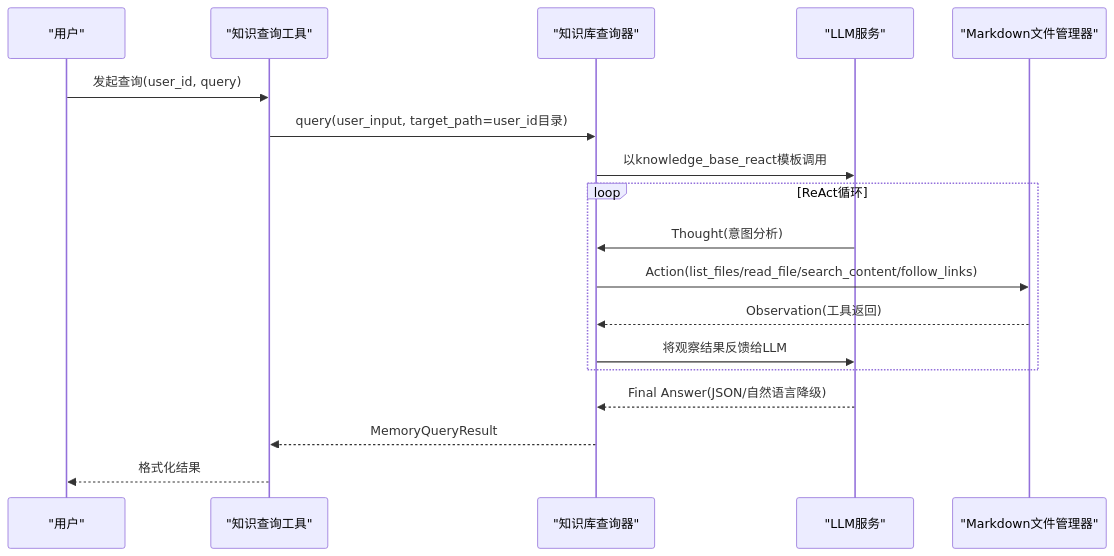
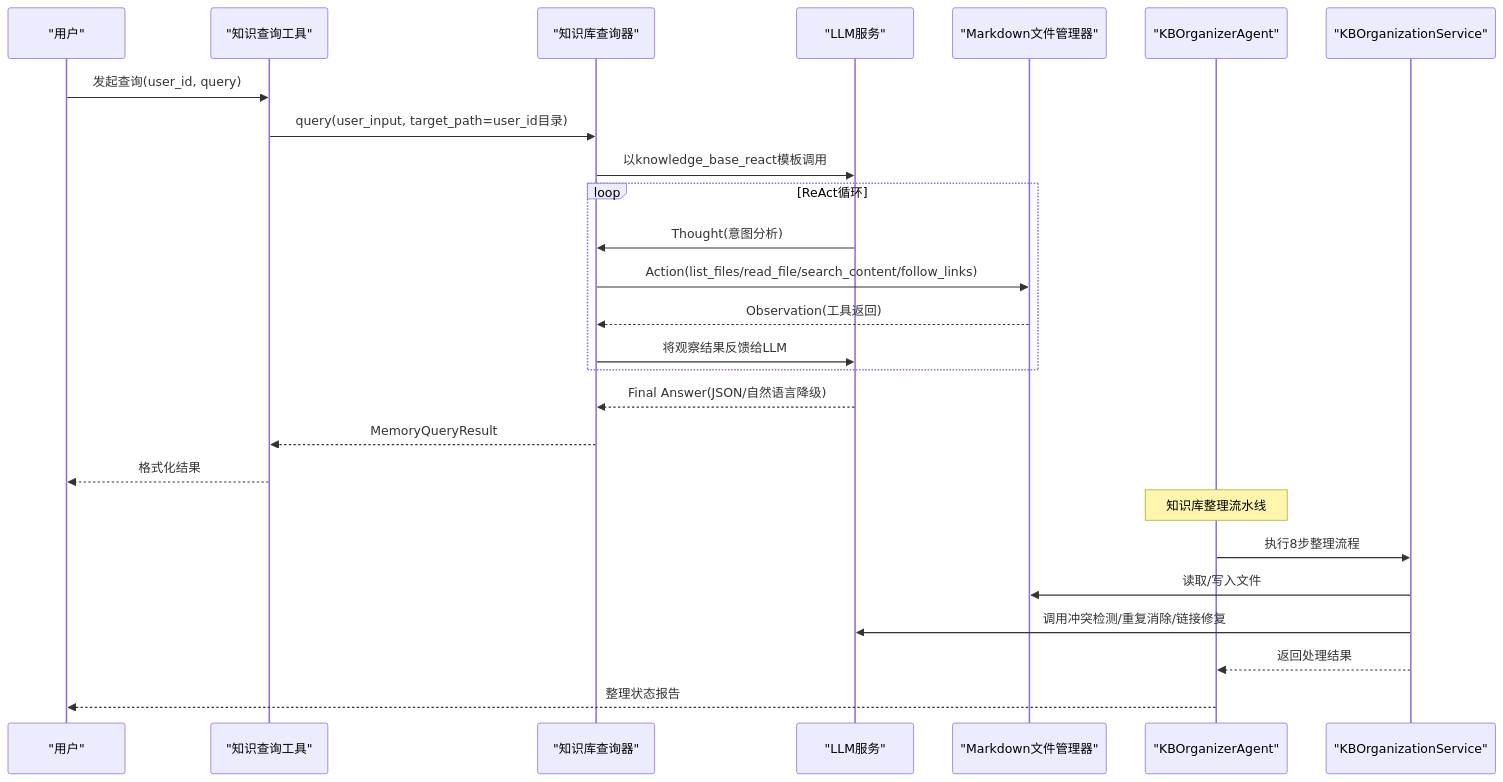
Before and after one commit to WangYiKai1017/zizuan: the second of 6 diagrams in .qoder/repowiki/zh/content/知识库系统/知识库系统.md, drawn with Mermaid. The commit also changed other lines of this file and 99 other files, not shown here.

````diff
--- a/.qoder/repowiki/zh/content/知识库系统/知识库系统.md
+++ b/.qoder/repowiki/zh/content/知识库系统/知识库系统.md
@@ -111,20 +142,28 @@
 ```mermaid
 sequenceDiagram
 participant U as "用户"
 participant KQT as "知识查询工具"
 participant KBQ as "知识库查询器"
 participant LLM as "LLM服务"
 participant MFM as "Markdown文件管理器"
 U->>KQT : 发起查询(user_id, query)
 KQT->>KBQ : query(user_input, target_path=user_id目录)
 KBQ->>LLM : 以knowledge_base_react模板调用
 loop ReAct循环
 LLM->>KBQ : Thought(意图分析)
 KBQ->>MFM : Action(list_files/read_file/search_content/follow_links)
 MFM-->>KBQ : Observation(工具返回)
 KBQ->>LLM : 将观察结果反馈给LLM
 end
 LLM-->>KBQ : Final Answer(JSON/自然语言降级)
 KBQ-->>KQT : MemoryQueryResult
 KQT-->>U : 格式化结果
+Note over KO : 知识库整理流水线
+participant KO as "KBOrganizerAgent"
+participant KOS as "KBOrganizationService"
+KO->>KOS : 执行8步整理流程
+KOS->>MFM : 读取/写入文件
+KOS->>LLM : 调用冲突检测/重复消除/链接修复
+KOS-->>KO : 返回处理结果
+KO-->>U : 整理状态报告
 ```
````
